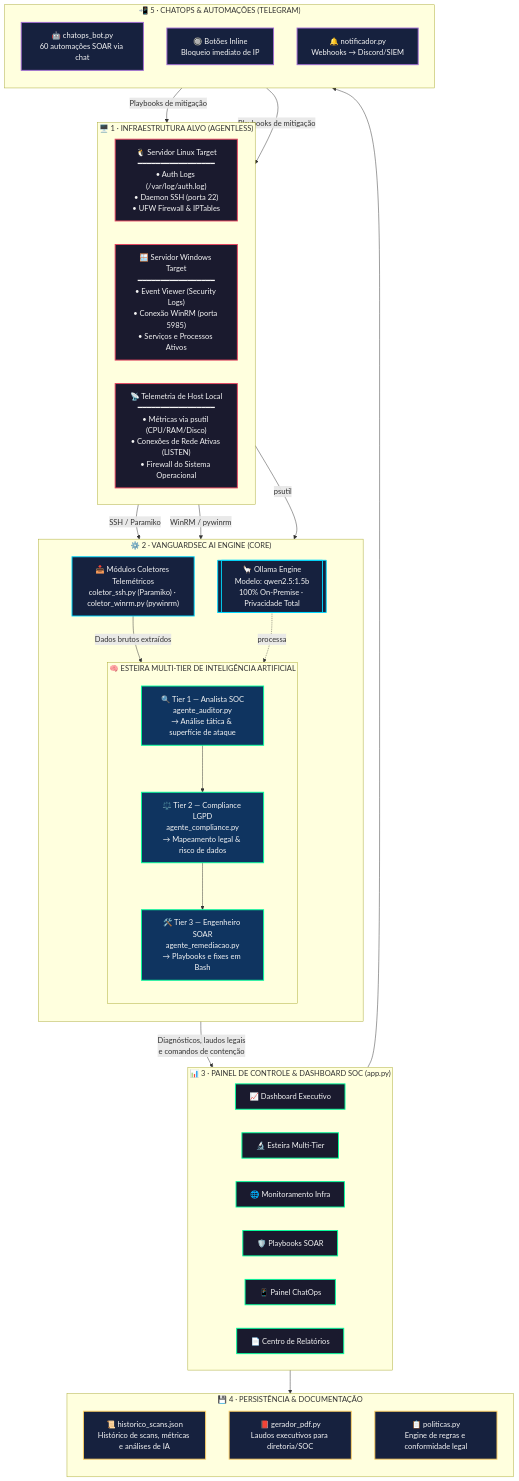
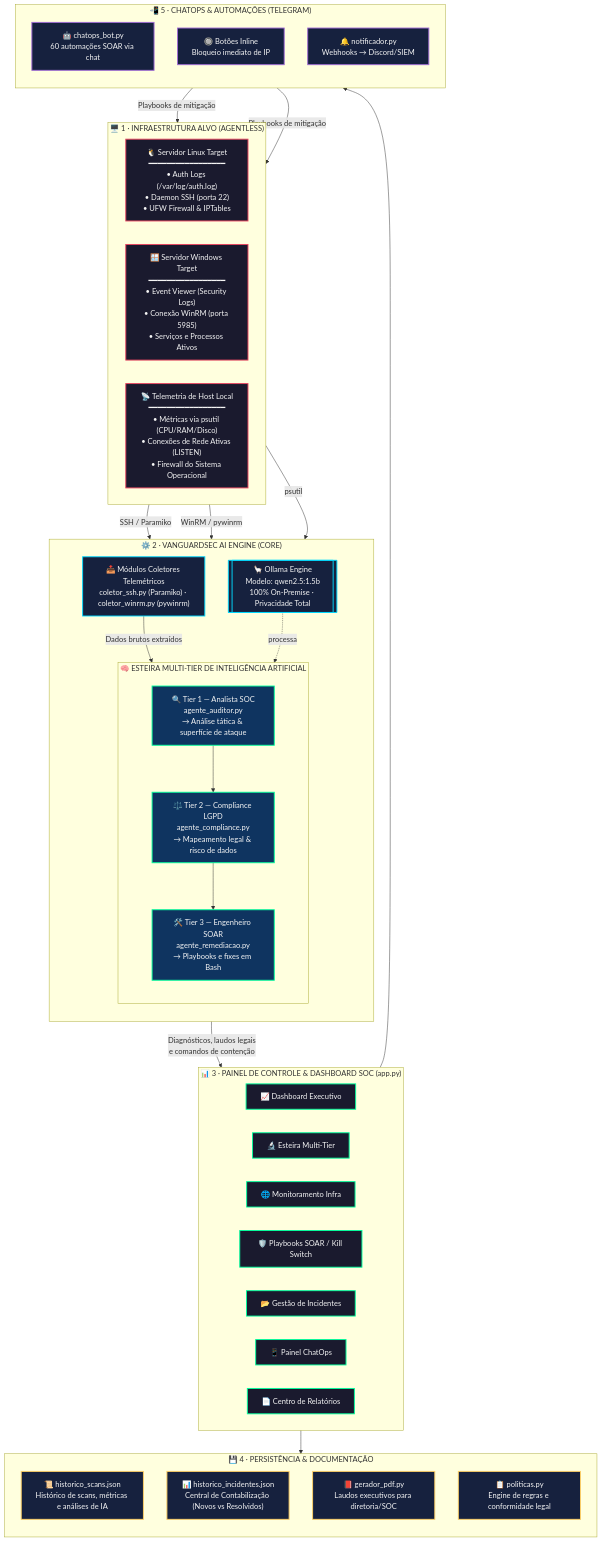
One commit to DavidNonato23/monitoramento-soc-ia changed the diagram in README.md. Above: the diagram before and after it, drawn with Mermaid. The commit also changed other lines of this file and 26 other files, not shown here.

````diff
--- a/README.md
+++ b/README.md
@@ -31,7 +67,6 @@
     classDef dash fill:#1a1a2e,stroke:#00ff9d,color:#f5f5f5,stroke-width:2px
     classDef persist fill:#16213e,stroke:#ffd166,color:#f5f5f5,stroke-width:2px
     classDef chatops fill:#16213e,stroke:#a06cd5,color:#f5f5f5,stroke-width:2px
-    classDef sectionTitle fill:#0d0d17,stroke:#e94560,color:#e94560,font-weight:bold
 
     subgraph INFRA["🖥️ 1 · INFRAESTRUTURA ALVO (AGENTLESS)"]
         direction LR
@@ -84,15 +119,18 @@
         D1["📈 Dashboard Executivo"]
         D2["🔬 Esteira Multi-Tier"]
         D3["🌐 Monitoramento Infra"]
-        D4["🛡️ Playbooks SOAR"]
-        D5["📱 Painel ChatOps"]
-        D6["📄 Centro de Relatórios"]
+        D4["🛡️ Playbooks SOAR / Kill Switch"]
+        D5["📂 Gestão de Incidentes"]
+        D6["📱 Painel ChatOps"]
+        D7["📄 Centro de Relatórios"]
     end
 
     subgraph PERSIST["💾 4 · PERSISTÊNCIA & DOCUMENTAÇÃO"]
         direction TB
         HIST["📜 historico_scans.json
 Histórico de scans, métricas e análises de IA"]
+        INC["📊 historico_incidentes.json
+Central de Contabilização (Novos vs Resolvidos)"]
         PDF["📕 gerador_pdf.py
 Laudos executivos para diretoria/SOC"]
         POL["📋 politicas.py
@@ -124,7 +162,7 @@
     class LINUX,WIN,HOST infra
     class COLETOR,OLLAMA engine
     class T1,T2,T3 ai
-    class D1,D2,D3,D4,D5,D6 dash
-    class HIST,PDF,POL persist
+    class D1,D2,D3,D4,D5,D6,D7 dash
+    class HIST,INC,PDF,POL persist
     class BOT,BTN,NOTIF chatops
 ```
````
